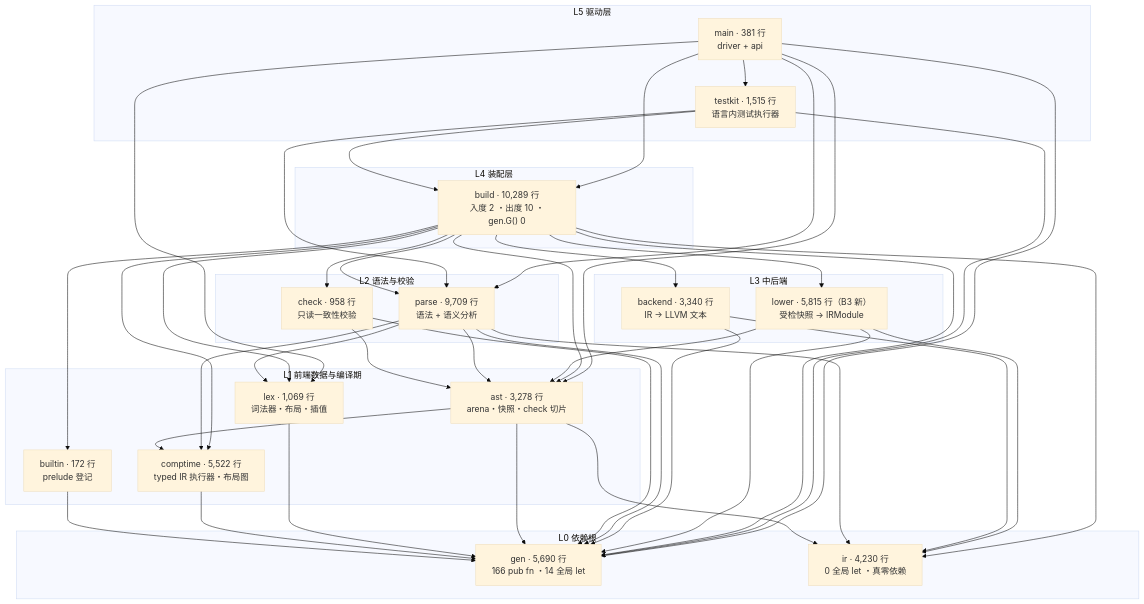
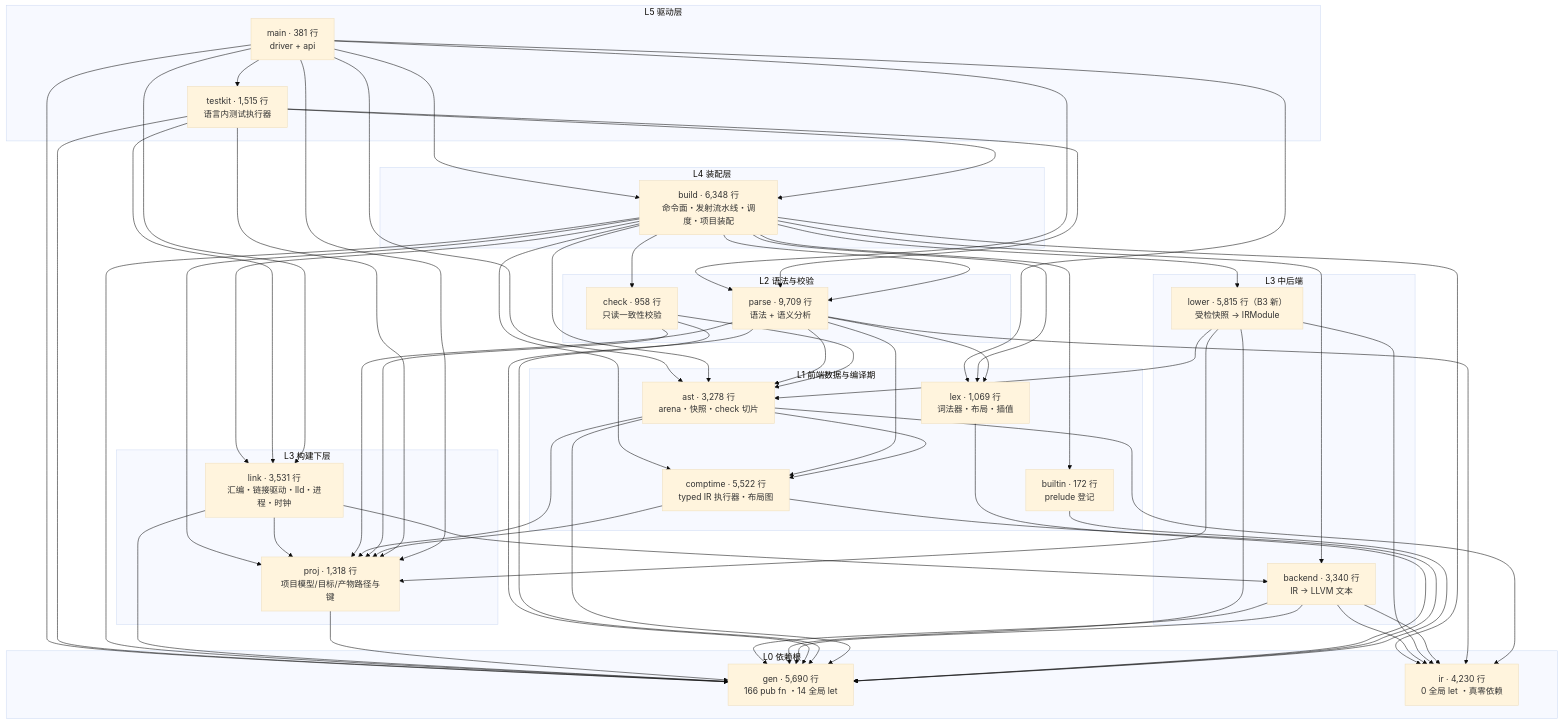
The second of 9 diagrams in docs/03-design/yh-架构图-2026-10-25.md (lalavender/x), drawn with Mermaid (base theme) before and after one commit. The commit also changed other lines of this file and 3 other files, not shown here.

Commit message:
docs: B2-1/B2-2/B2-4 交付记录（15 模块、build 6,348、link 3,531）；B2-3 单独立项

```diff
--- a/docs/03-design/yh-架构图-2026-10-25.md
+++ b/docs/03-design/yh-架构图-2026-10-25.md
@@ -85,7 +85,11 @@
     TK["testkit · 1,515 行<br/>语言内测试执行器"]
   end
   subgraph L4["L4 装配层"]
-    BUILD["build · 10,289 行<br/>入度 2 ・出度 10 ・gen.G() 0"]
+    BUILD["build · 6,348 行<br/>命令面・发射流水线・调度・项目装配"]
+  end
+  subgraph L3B["L3 构建下层"]
+    PROJ["proj · 1,318 行<br/>项目模型/目标/产物路径与键"]
+    LINK["link · 3,531 行<br/>汇编・链接驱动・lld・进程・时钟"]
   end
   subgraph L3["L3 中后端"]
     LOWER["lower · 5,815 行（B3 新）<br/>受检快照 → IRModule"]
@@ -126,6 +130,24 @@
   BUILD --> BE
   BUILD --> BI
   BUILD --> GEN
+  BUILD --> PROJ
+  BUILD --> LINK
+
+  LINK --> PROJ
+  LINK --> BE
+  LINK --> GEN
+  PROJ --> GEN
+  LOWER --> PROJ
+  BE --> IR
+  BE --> GEN
+  PARSE --> PROJ
+  AST --> PROJ
+  CHECK --> PROJ
+  CT --> PROJ
+  TK --> PROJ
+  TK --> LINK
+  MAIN --> PROJ
+  MAIN --> LINK
 
   LOWER --> AST
   LOWER --> IR
```
